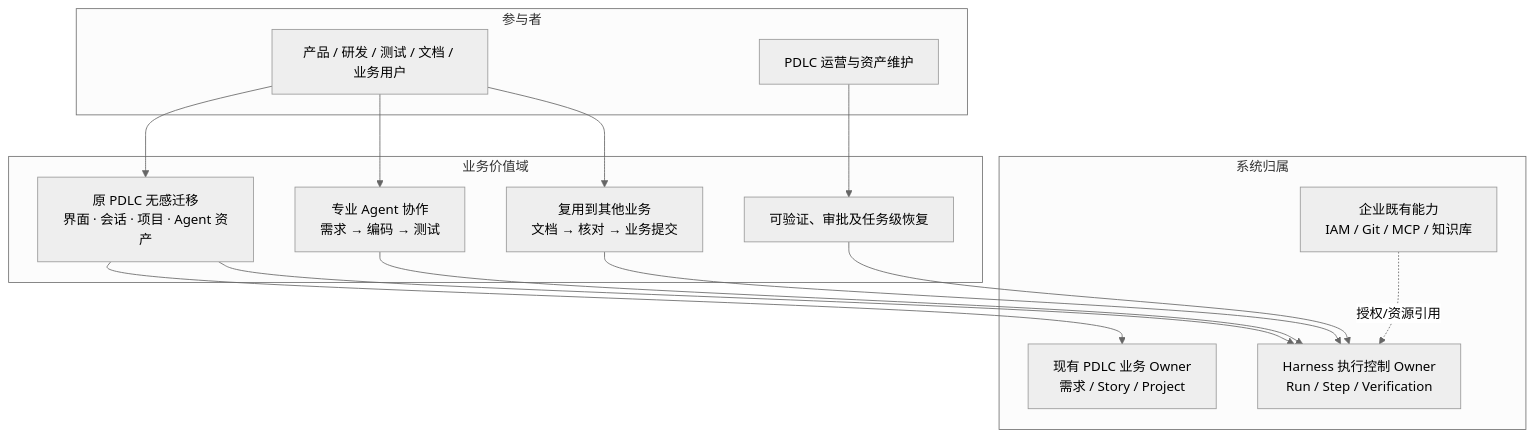
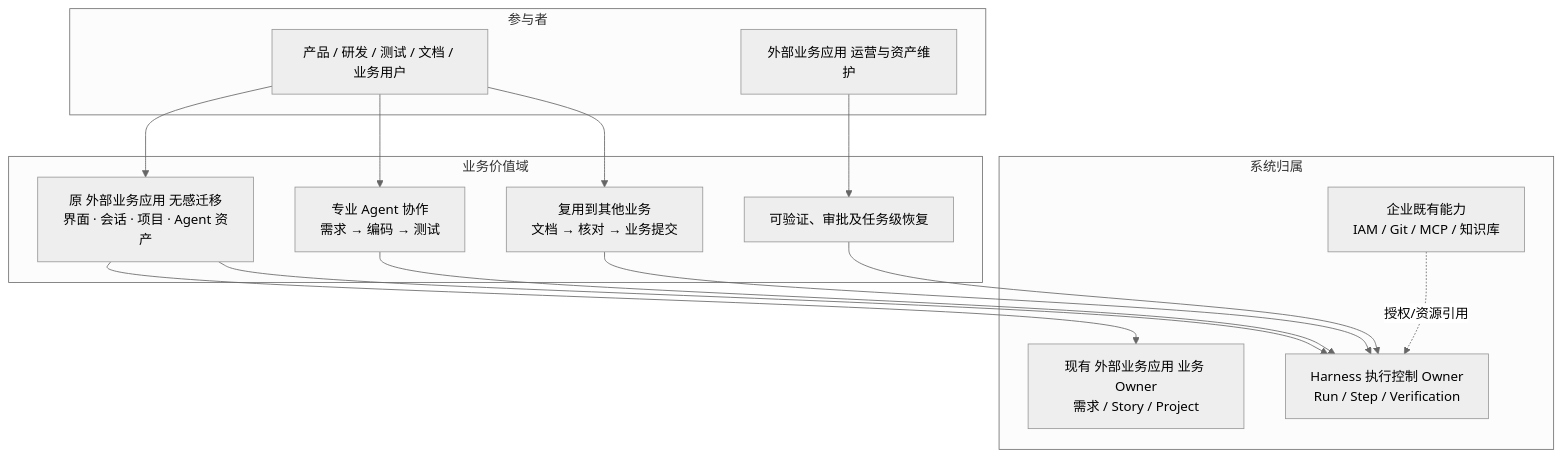
One commit to Bulls1986/Agent-Harness-Platform changed the third of 11 diagrams in README.md. Above: the diagram before and after it, drawn with Mermaid (neutral theme). The commit also changed other lines of this file and 50 other files, not shown here.

````diff
--- a/README.md
+++ b/README.md
@@ -195,23 +195,23 @@
 ```mermaid
 flowchart TB
   subgraph ACT["参与者"]
     USER["产品 / 研发 / 测试 / 文档 / 业务用户"]
-    OPS["PDLC 运营与资产维护"]
+    OPS["外部业务应用 运营与资产维护"]
   end
   subgraph VALUE["业务价值域"]
-    MIG["原 PDLC 无感迁移\n界面 · 会话 · 项目 · Agent 资产"]
+    MIG["原 外部业务应用 无感迁移\n界面 · 会话 · 项目 · Agent 资产"]
     FLOW["专业 Agent 协作\n需求 → 编码 → 测试"]
     REUSE["复用到其他业务\n文档 → 核对 → 业务提交"]
     AUD["可验证、审批及任务级恢复"]
   end
   subgraph OWN["系统归属"]
-    OLD["现有 PDLC 业务 Owner\n需求 / Story / Project"]
+    OLD["现有 外部业务应用 业务 Owner\n需求 / Story / Project"]
     NEW["Harness 执行控制 Owner\nRun / Step / Verification"]
     EXT["企业既有能力\nIAM / Git / MCP / 知识库"]
   end
   USER --> MIG & FLOW & REUSE
   OPS --> AUD
   MIG --> OLD & NEW
   FLOW & REUSE & AUD --> NEW
   EXT -. "授权/资源引用" .-> NEW
 ```
````
